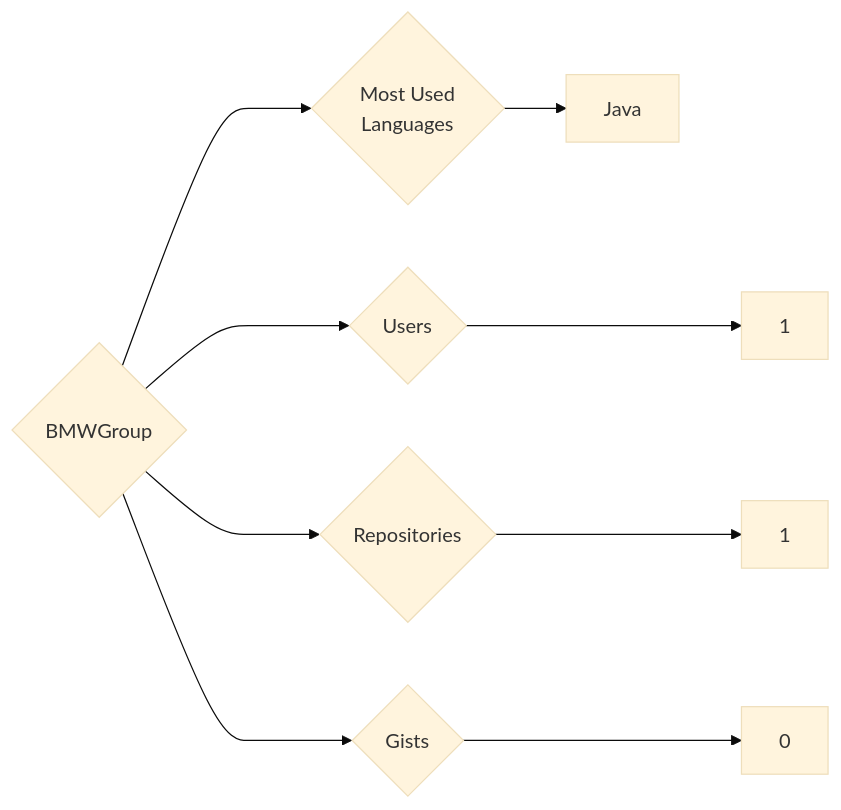
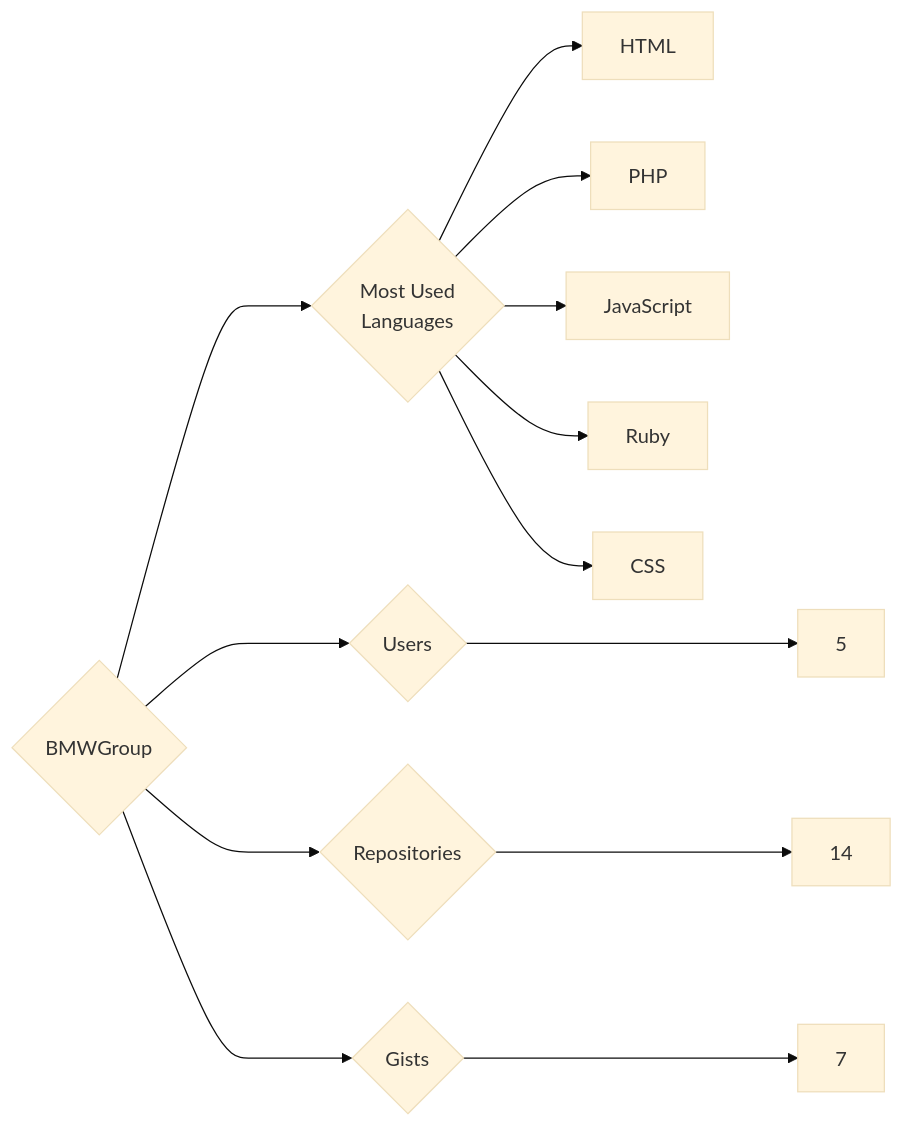
One commit to trickest/insiders changed the diagram in targets/BMWGroup/README.md. Above: the diagram before and after it, drawn with Mermaid (base theme). The commit also changed 1314 other files, not shown here.

````diff
--- a/targets/BMWGroup/README.md
+++ b/targets/BMWGroup/README.md
@@ -3,9 +3,13 @@
 ```mermaid
 graph LR
 COMPANY_NAME{BMWGroup}
-COMPANY_NAME ---> U{Users} ---> UN[1]
-COMPANY_NAME ---> R{Repositories} ---> RN[1]
-COMPANY_NAME ---> G{Gists} ---> GN[0]
+COMPANY_NAME ---> U{Users} ---> UN[5]
+COMPANY_NAME ---> R{Repositories} ---> RN[14]
+COMPANY_NAME ---> G{Gists} ---> GN[7]
 COMPANY_NAME ---> ML{Most Used<br>Languages}
-ML --> Java[Java]
+ML --> HTML[HTML]
+ML --> PHP[PHP]
+ML --> JavaScript[JavaScript]
+ML --> Ruby[Ruby]
+ML --> CSS[CSS]
 ```
````
